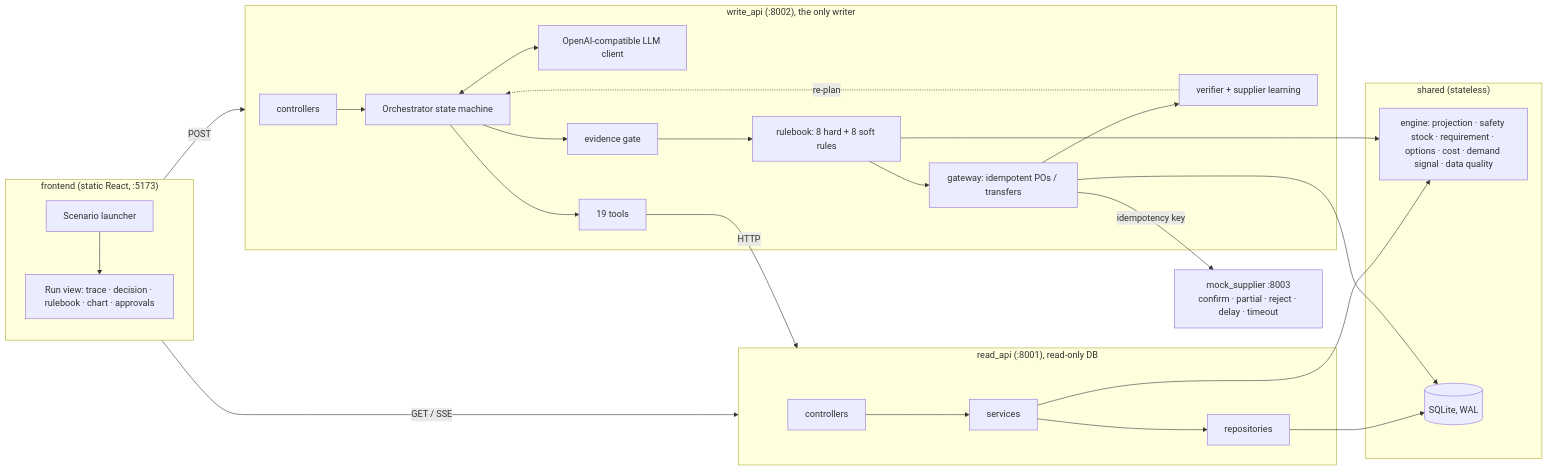
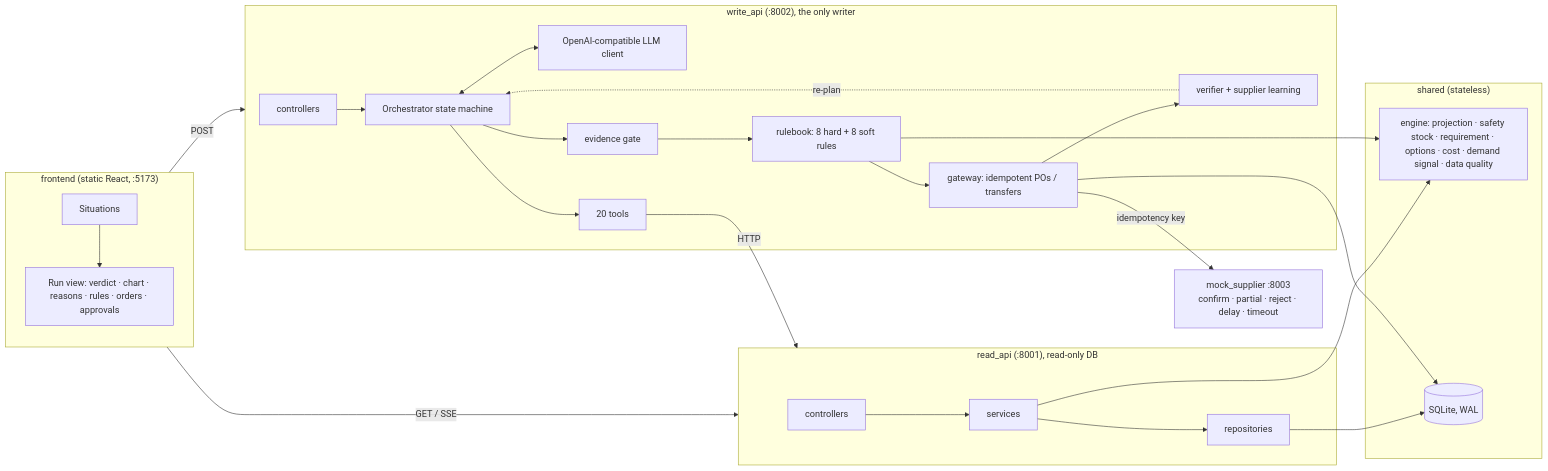
The first of 2 diagrams in README.md (ronak-2005/Rappi), drawn with Mermaid before and after one commit. The commit also changed other lines of this file, not shown here.

````diff
--- a/README.md
+++ b/README.md
@@ -43,29 +98,29 @@
 ```mermaid
 flowchart LR
     subgraph UI["frontend (static React, :5173)"]
-        L[Scenario launcher] --> RV[Run view: trace · decision · rulebook · chart · approvals]
+        L[Situations] --> RV[Run view: verdict · chart · reasons · rules · orders · approvals]
     end
     subgraph R["read_api (:8001), read-only DB"]
         RC[controllers] --> RS[services] --> RR[repositories]
     end
     subgraph W["write_api (:8002), the only writer"]
         WC[controllers] --> ORCH[Orchestrator state machine]
         ORCH <--> LLM[OpenAI-compatible LLM client]
-        ORCH --> TOOLS[19 tools]
+        ORCH --> TOOLS[20 tools]
         ORCH --> GATE[evidence gate] --> VAL[rulebook: 8 hard + 8 soft rules] --> ACT[gateway: idempotent POs / transfers] --> VER[verifier + supplier learning]
         VER -. re-plan .-> ORCH
     end
     subgraph S["shared (stateless)"]
         ENG[engine: projection · safety stock · requirement · options · cost · demand signal · data quality]
         DB[(SQLite, WAL)]
     end
     SUP[mock_supplier :8003<br/>confirm · partial · reject · delay · timeout]
     UI -- GET / SSE --> R
     UI -- POST --> W
     TOOLS -- HTTP --> R
     RS --> ENG
     VAL --> ENG
     RR --> DB
     ACT --> DB
     ACT -- idempotency key --> SUP
 ```
````
